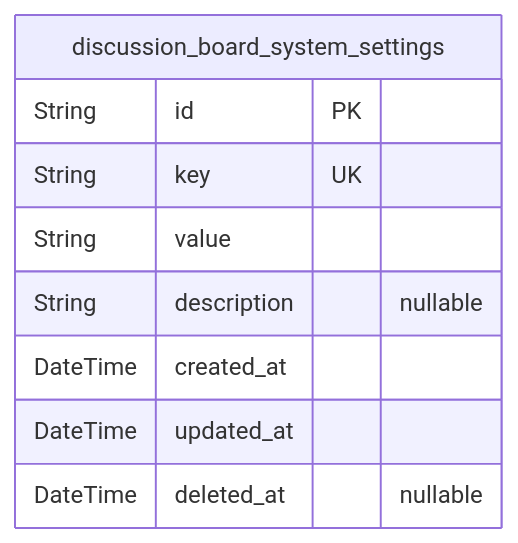
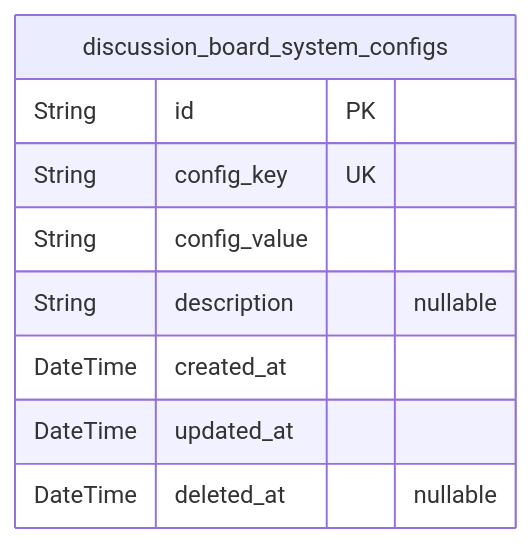
The first of 6 diagrams in openai/gpt-4.1/bbs/docs/ERD.md (wrtnlabs/autobe-examples), drawn with Mermaid before and after one commit. The commit also changed other lines of this file and 3569 other files, not shown here.

````diff
--- a/openai/gpt-4.1/bbs/docs/ERD.md
+++ b/openai/gpt-4.1/bbs/docs/ERD.md
@@ -13,12 +14,12 @@
 ```mermaid
 erDiagram
-"discussion_board_system_settings" {
+"discussion_board_system_configs" {
   String id PK
-  String key UK
-  String value
+  String config_key UK
+  String config_value
   String description "nullable"
   DateTime created_at
   DateTime updated_at
   DateTime deleted_at "nullable"
 }
 ```
````
